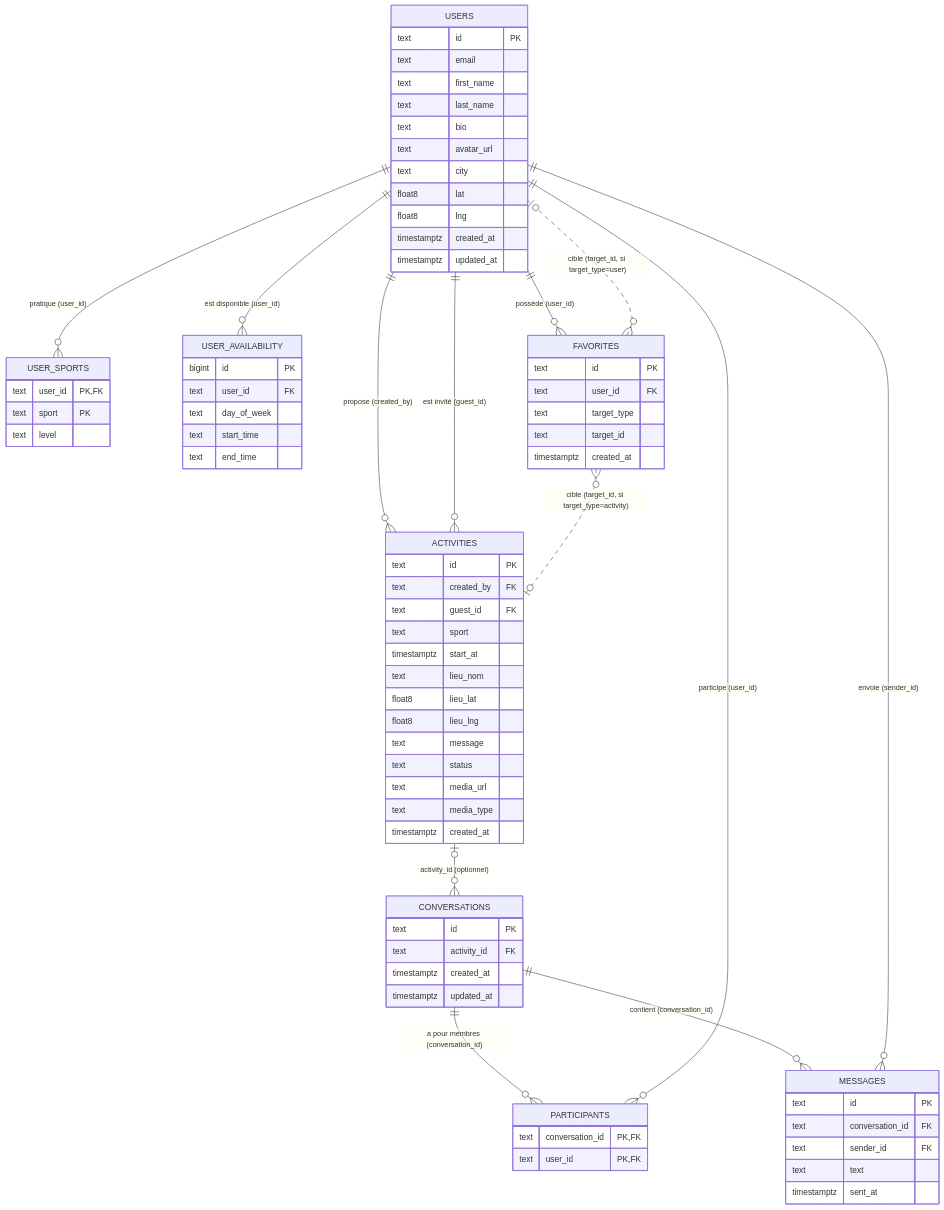
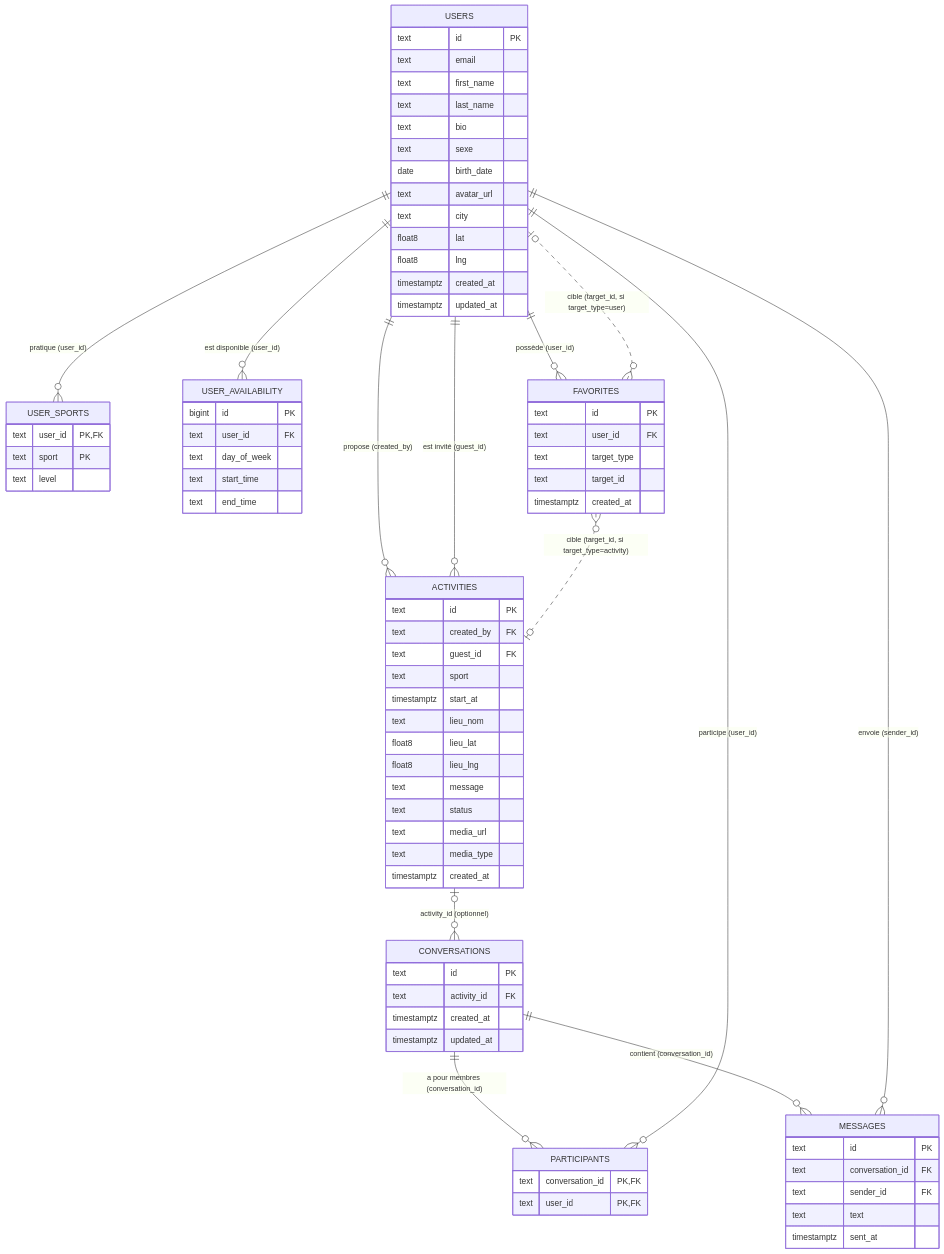
One commit to SiamakSm/BinoFit changed the diagram in docs/data-model.md. Above: the diagram before and after it, drawn with Mermaid. The commit also changed 8 other files, not shown here.

First line of the commit message:
fix(api): renvoyer sexe et birthDate dans les profils

```diff
--- a/docs/data-model.md
+++ b/docs/data-model.md
@@ -29,6 +29,8 @@
         text first_name
         text last_name
         text bio
+        text sexe
+        date birth_date
         text avatar_url
         text city
         float8 lat
```
